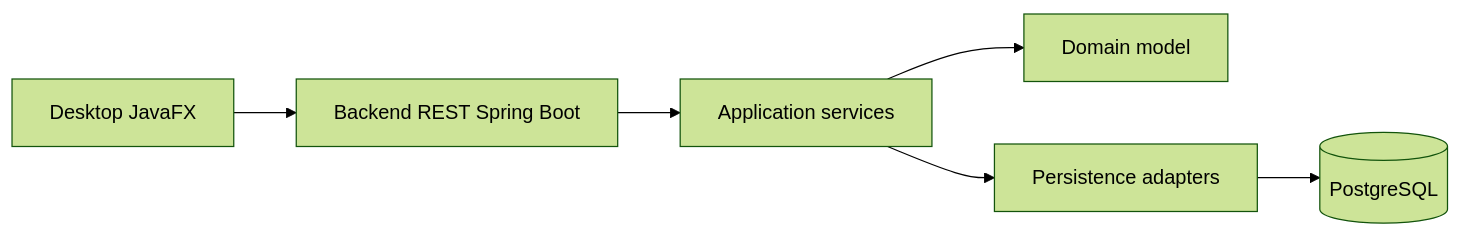
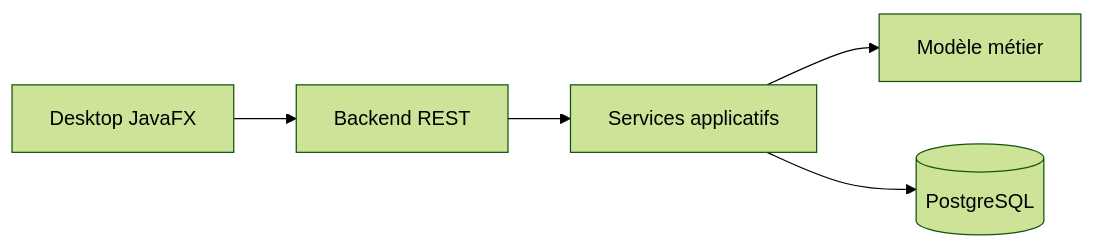
Before and after one commit to alescis-wuin/alescis-wuin: the diagram in README.md, drawn with Mermaid (forest theme). The commit also changed other lines of this file, not shown here.

````diff
--- a/README.md
+++ b/README.md
@@ -116,8 +132,7 @@
 ```mermaid
 flowchart LR
-    UI[Desktop JavaFX] --> API[Backend REST Spring Boot]
-    API --> APP[Application services]
-    APP --> DOMAIN[Domain model]
-    APP --> PERSISTENCE[Persistence adapters]
-    PERSISTENCE --> DB[(PostgreSQL)]
+    UI[Desktop JavaFX] --> API[Backend REST]
+    API --> SERVICES[Services applicatifs]
+    SERVICES --> DOMAIN[Modèle métier]
+    SERVICES --> DB[(PostgreSQL)]
 ```
````
